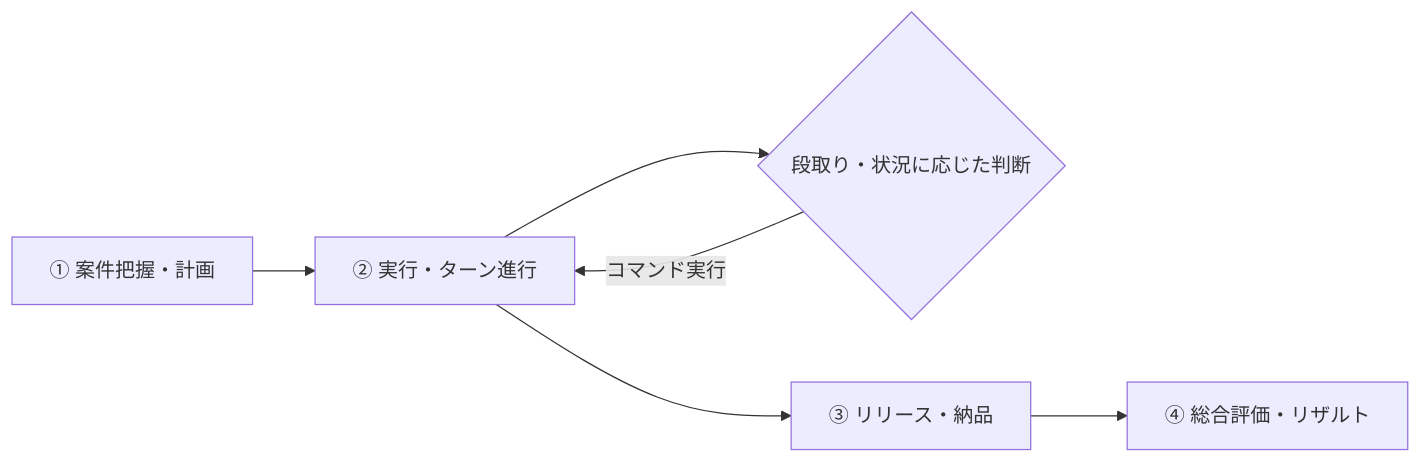
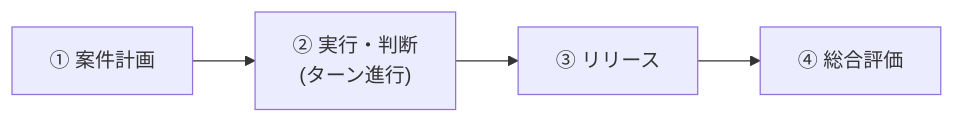
One commit to asabon/pm-simulator changed the second of 2 diagrams in docs/v2/spec/overview.md. Above: the diagram before and after it, drawn with Mermaid. The commit also changed other lines of this file, not shown here.

Commit message:
docs(v2): Mermaidダイアグラムのノード文字数を簡潔化して見栄えを改善

````diff
--- a/docs/v2/spec/overview.md
+++ b/docs/v2/spec/overview.md
@@ -68,8 +68,6 @@
 ```mermaid
 flowchart LR
-    A["① 案件把握・計画"] --> B["② 実行・ターン進行"]
-    B --> C{"段取り・状況に応じた判断"}
-    C -- "コマンド実行" --> B
-    B --> D["③ リリース・納品"]
-    D --> E["④ 総合評価・リザルト"]
+    A["① 案件計画"] --> B["② 実行・判断<br/>(ターン進行)"]
+    B --> C["③ リリース"]
+    C --> D["④ 総合評価"]
 ```
````
